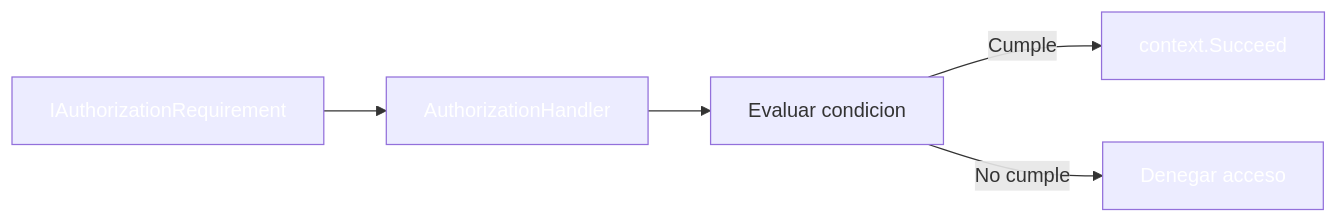
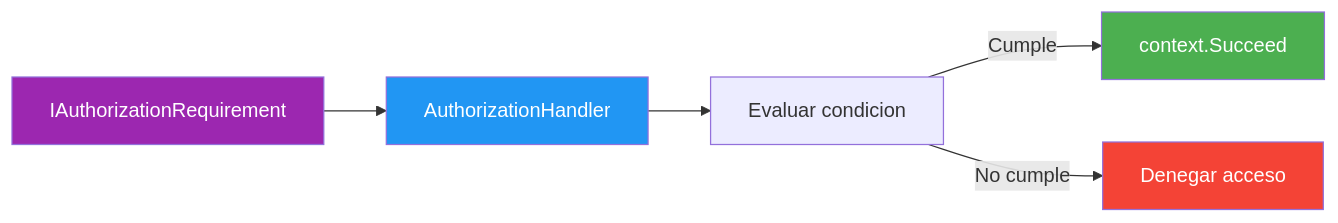
One commit to joseluisgs/DesarrolloWebEntornosServidor-02-2026-2027 changed the tenth of 14 diagrams in 17-autorizacion.md. Above: the diagram before and after it, drawn with Mermaid. The commit also changed other lines of this file and 29 other files, not shown here.

Commit message:
docs: corregir estilos Mermaid y estilo, quitar referencias a la Tienda y reestructurar los retos 13 y 15

````diff
--- a/17-autorizacion.md
+++ b/17-autorizacion.md
@@ -387,12 +387,12 @@
 ```mermaid
 flowchart LR
     REQ["IAuthorizationRequirement"] --> HANDLER["AuthorizationHandler"]
     HANDLER --> EVALUAR["Evaluar condicion"]
     EVALUAR -->|Cumple| SUCEED["context.Succeed"]
     EVALUAR -->|No cumple| FAIL["Denegar acceso"]
 
-    style REQ fill:#9C27B,color:#fff0,color:#fff
-    style HANDLER fill:#2196F,color:#fff3,color:#fff
-    style SUCEED fill:#4CAF5,color:#fff0,color:#fff
-    style FAIL fill:#f4433,color:#fff6,color:#fff
+    style REQ fill:#9C27B0,color:#fff
+    style HANDLER fill:#2196F3,color:#fff
+    style SUCEED fill:#4CAF50,color:#fff
+    style FAIL fill:#f44336,color:#fff
 ```
````
